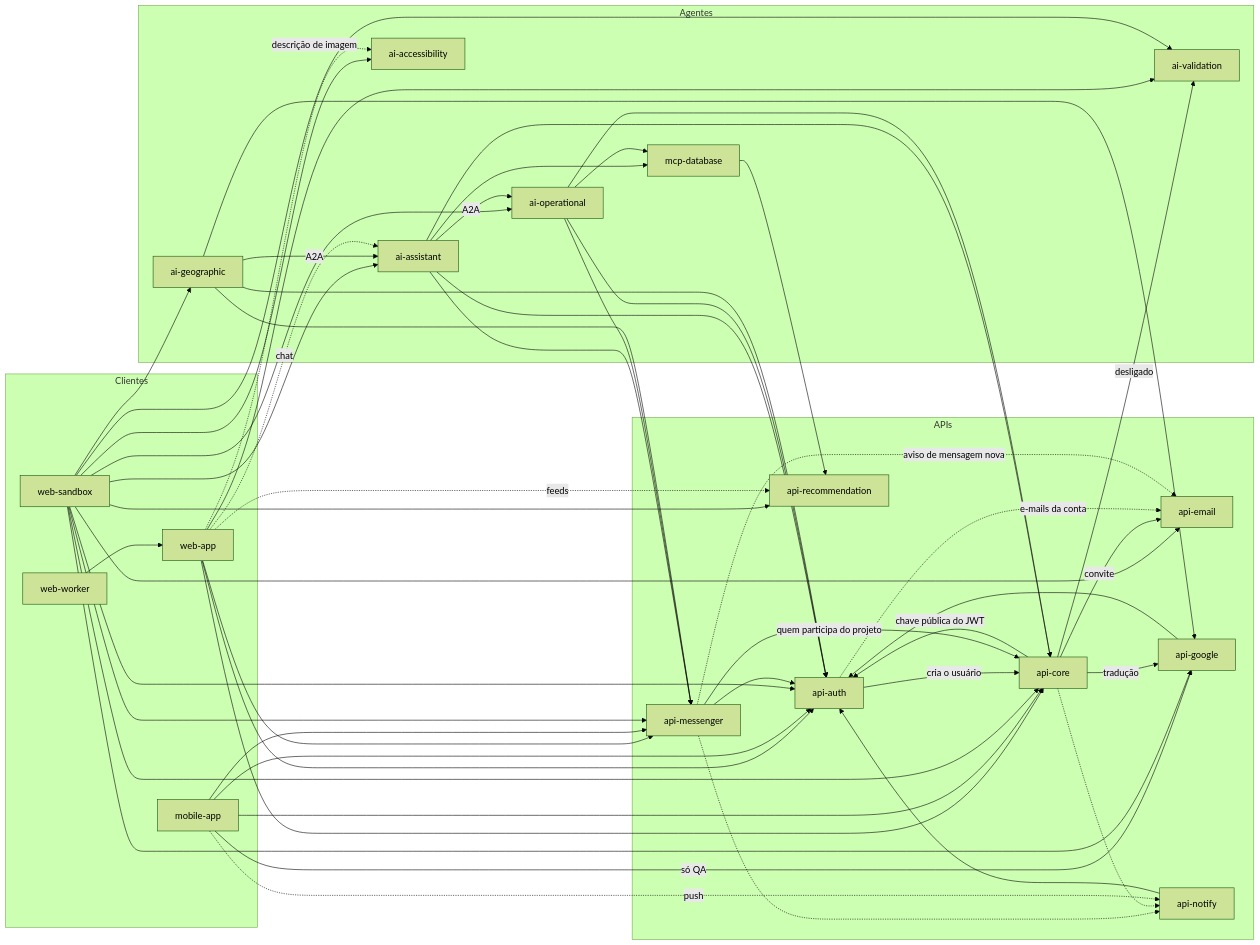
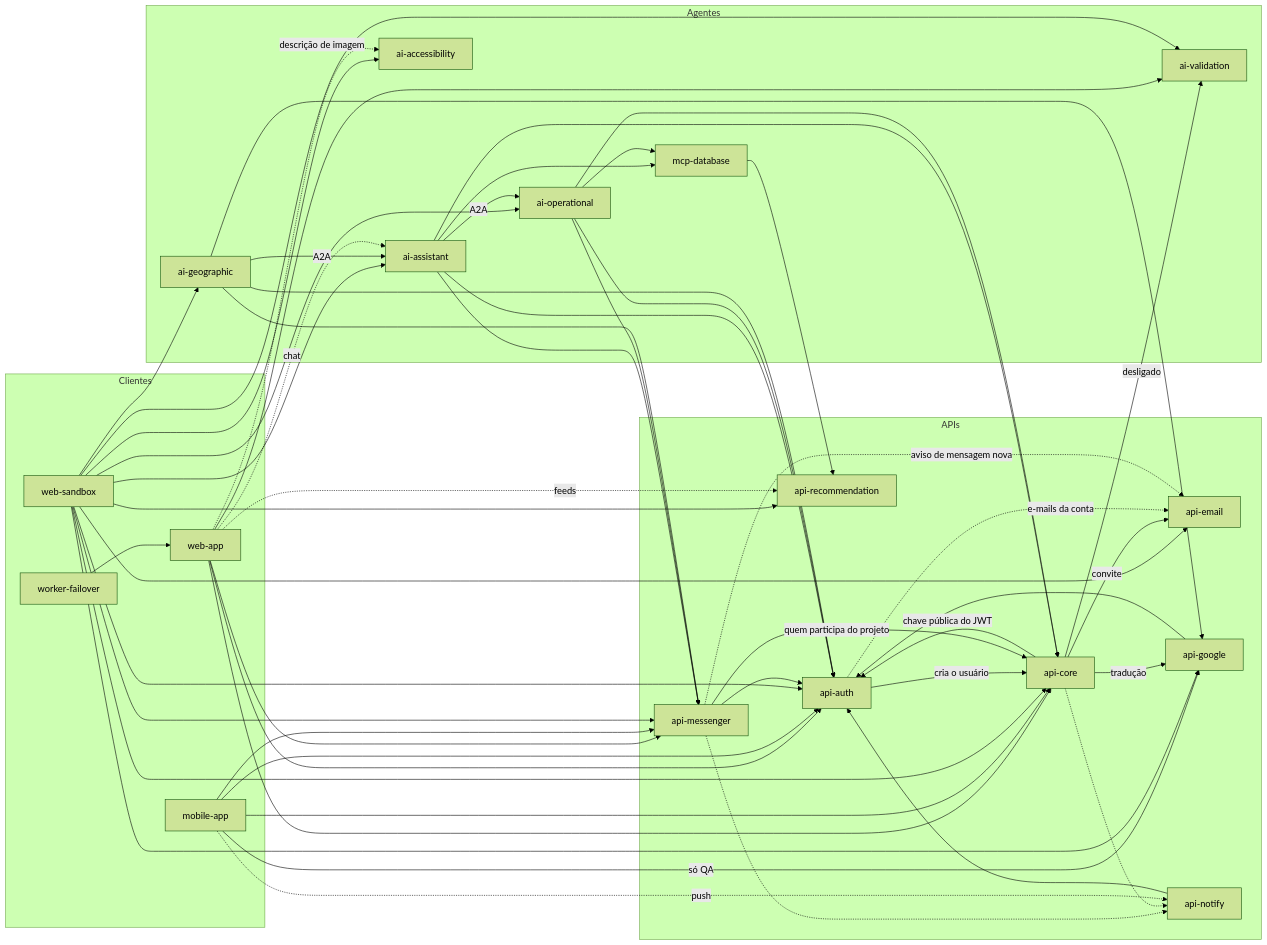
The diagram in docs/flows/INTEGRATIONS.md (Solierrr/docs-warehouse), drawn with Mermaid (forest theme) before and after one commit. The commit also changed 55 other files, not shown here.

Commit message:
docs: rename the infra-observability, worker-docs and worker-failover documentation

````diff
--- a/docs/flows/INTEGRATIONS.md
+++ b/docs/flows/INTEGRATIONS.md
@@ -5,60 +5,60 @@
 ```mermaid
 flowchart LR
   subgraph Clientes
     WEB[web-app]
     MOB[mobile-app]
     SBX[web-sandbox]
-    WRK[web-worker]
+    WRK[worker-failover]
   end
   subgraph APIs
     AUTH[api-auth]
     CORE[api-core]
     MSG[api-messenger]
     REC[api-recommendation]
     EMAIL[api-email]
     GOOG[api-google]
     NOTIFY[api-notify]
   end
   subgraph Agentes
     ASSIST[ai-assistant]
     OPER[ai-operational]
     GEO[ai-geographic]
     VALID[ai-validation]
     ACCESS[ai-accessibility]
     MCP[mcp-database]
   end
 
   WRK --> WEB
   WEB --> AUTH & CORE & MSG & VALID
   MOB --> AUTH & CORE & MSG
   MOB -->|só QA| GOOG
   SBX --> AUTH & CORE & MSG & REC & EMAIL & GOOG
   SBX --> ASSIST & OPER & GEO & VALID & ACCESS
 
   AUTH -->|cria o usuário| CORE
   CORE -->|chave pública do JWT| AUTH
   CORE -->|convite| EMAIL
   CORE -->|tradução| GOOG
   CORE -->|desligado| VALID
   MSG -->|quem participa do projeto| CORE
   MSG --> AUTH
   NOTIFY --> AUTH
   GOOG --> AUTH
 
   ASSIST --> MCP & MSG & CORE
   ASSIST -->|A2A| OPER
   OPER --> MCP & MSG & CORE
   GEO --> GOOG & MSG
   GEO -->|A2A| ASSIST
   MCP --> REC
   ASSIST & OPER & GEO --> AUTH
 
   AUTH -.->|e-mails da conta| EMAIL
   MSG -.->|aviso de mensagem nova| EMAIL
   MSG -.-> NOTIFY
   CORE -.-> NOTIFY
   MOB -.->|push| NOTIFY
   WEB -.->|chat| ASSIST
   WEB -.->|descrição de imagem| ACCESS
   WEB -.->|feeds| REC
 ```
````
